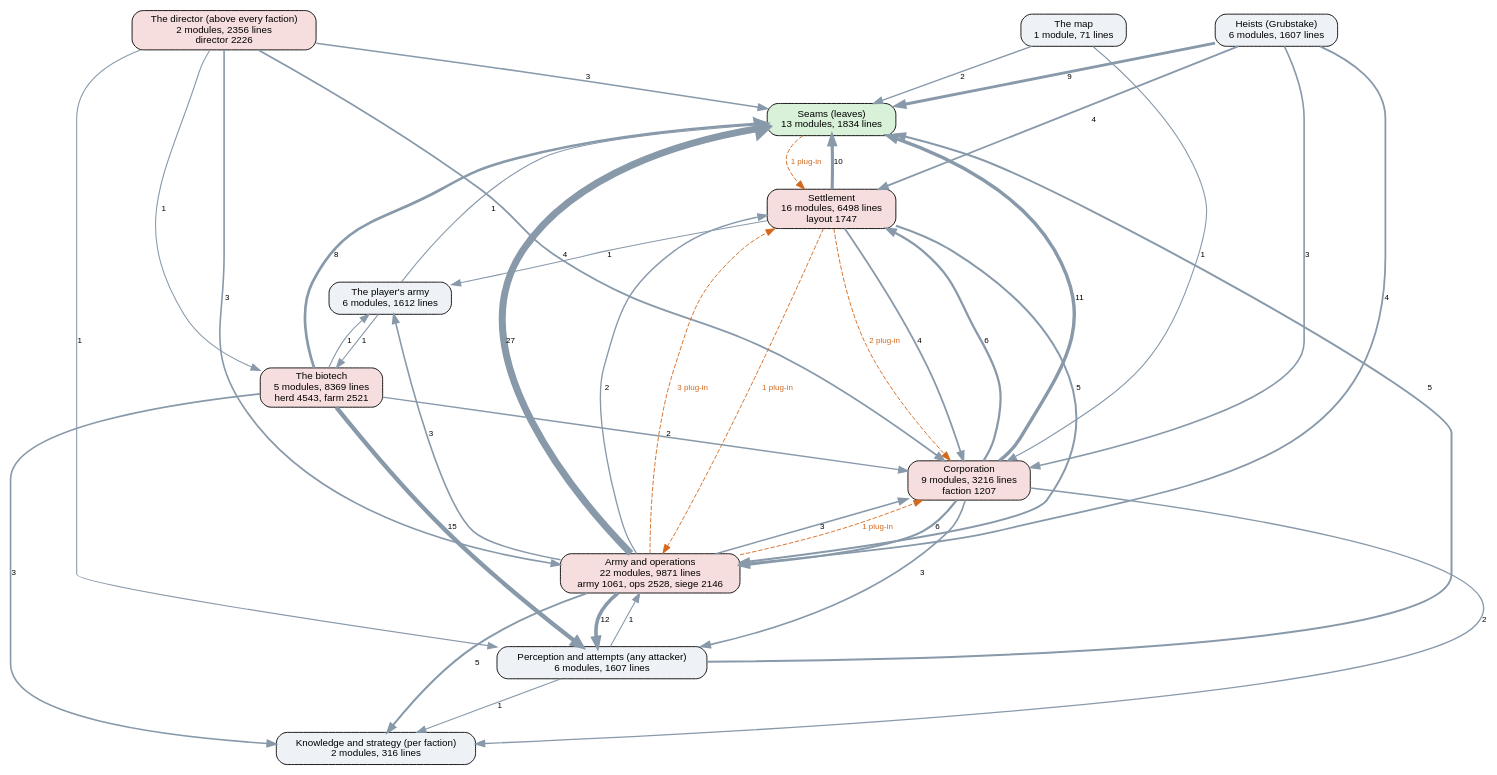
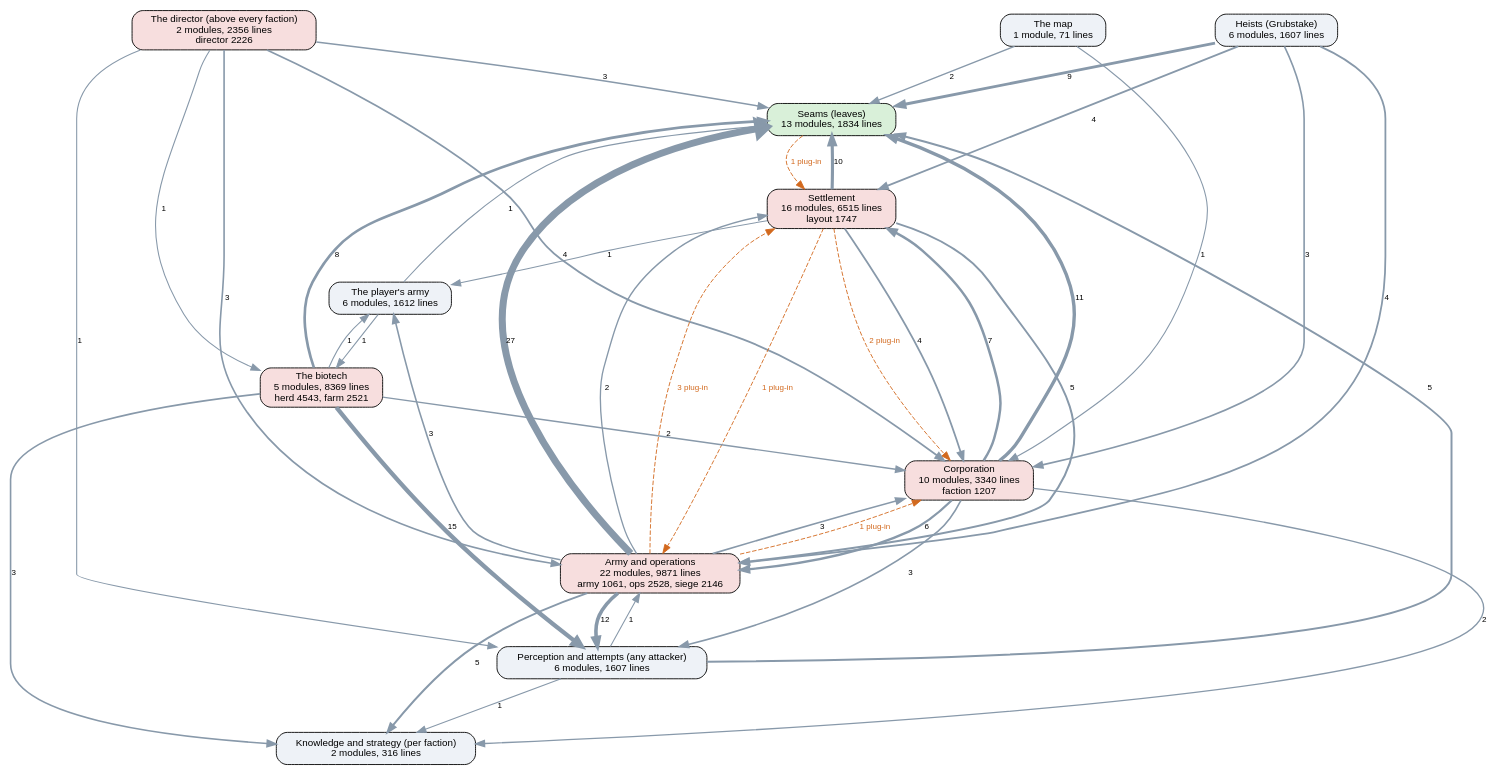
Before and after one commit to kinelhu/landing-party: the diagram in docs/ai-layers.dot, drawn with Graphviz. The commit also changed 16 other files, not shown here.

```diff
--- a/docs/ai-layers.dot
+++ b/docs/ai-layers.dot
@@ -1,57 +1,57 @@
 digraph layers {
   graph [rankdir=TB, fontname="Helvetica", nodesep=0.5, ranksep=0.7];
   node [shape=box, style="rounded,filled", fontname="Helvetica", fontsize=11, fillcolor="#eef2f7"];
   edge [color="#8899aa", fontname="Helvetica", fontsize=9];
   "Seams (leaves)" [label="Seams (leaves)\n13 modules, 1834 lines", fillcolor="#d9f0d9"];
   "Perception and attempts (any attacker)" [label="Perception and attempts (any attacker)\n6 modules, 1607 lines", fillcolor="#eef2f7"];
   "Knowledge and strategy (per faction)" [label="Knowledge and strategy (per faction)\n2 modules, 316 lines", fillcolor="#eef2f7"];
   "The director (above every faction)" [label="The director (above every faction)\n2 modules, 2356 lines\ndirector 2226", fillcolor="#f7dede"];
-  "Corporation" [label="Corporation\n9 modules, 3216 lines\nfaction 1207", fillcolor="#f7dede"];
-  "Settlement" [label="Settlement\n16 modules, 6498 lines\nlayout 1747", fillcolor="#f7dede"];
+  "Corporation" [label="Corporation\n10 modules, 3340 lines\nfaction 1207", fillcolor="#f7dede"];
+  "Settlement" [label="Settlement\n16 modules, 6515 lines\nlayout 1747", fillcolor="#f7dede"];
   "Army and operations" [label="Army and operations\n22 modules, 9871 lines\narmy 1061, ops 2528, siege 2146", fillcolor="#f7dede"];
   "Heists (Grubstake)" [label="Heists (Grubstake)\n6 modules, 1607 lines", fillcolor="#eef2f7"];
   "The biotech" [label="The biotech\n5 modules, 8369 lines\nherd 4543, farm 2521", fillcolor="#f7dede"];
   "The map" [label="The map\n1 module, 71 lines", fillcolor="#eef2f7"];
   "The player's army" [label="The player's army\n6 modules, 1612 lines", fillcolor="#eef2f7"];
   "Army and operations" -> "Corporation" [label="3", penwidth=1.8];
   "Army and operations" -> "Knowledge and strategy (per faction)" [label="5", penwidth=2.2];
   "Army and operations" -> "Perception and attempts (any attacker)" [label="12", penwidth=4.0];
   "Army and operations" -> "Seams (leaves)" [label="27", penwidth=7.8];
   "Army and operations" -> "Settlement" [label="2", penwidth=1.5];
   "Army and operations" -> "The player's army" [label="3", penwidth=1.8];
   "Corporation" -> "Army and operations" [label="6", penwidth=2.5];
   "Corporation" -> "Knowledge and strategy (per faction)" [label="2", penwidth=1.5];
   "Corporation" -> "Perception and attempts (any attacker)" [label="3", penwidth=1.8];
   "Corporation" -> "Seams (leaves)" [label="11", penwidth=3.8];
-  "Corporation" -> "Settlement" [label="6", penwidth=2.5];
+  "Corporation" -> "Settlement" [label="7", penwidth=2.8];
   "Heists (Grubstake)" -> "Army and operations" [label="4", penwidth=2.0];
   "Heists (Grubstake)" -> "Corporation" [label="3", penwidth=1.8];
   "Heists (Grubstake)" -> "Seams (leaves)" [label="9", penwidth=3.2];
   "Heists (Grubstake)" -> "Settlement" [label="4", penwidth=2.0];
   "Perception and attempts (any attacker)" -> "Army and operations" [label="1", penwidth=1.2];
   "Perception and attempts (any attacker)" -> "Knowledge and strategy (per faction)" [label="1", penwidth=1.2];
   "Perception and attempts (any attacker)" -> "Seams (leaves)" [label="5", penwidth=2.2];
   "Settlement" -> "Army and operations" [label="5", penwidth=2.2];
   "Settlement" -> "Corporation" [label="4", penwidth=2.0];
   "Settlement" -> "Seams (leaves)" [label="10", penwidth=3.5];
   "Settlement" -> "The player's army" [label="1", penwidth=1.2];
   "The biotech" -> "Corporation" [label="2", penwidth=1.5];
   "The biotech" -> "Knowledge and strategy (per faction)" [label="3", penwidth=1.8];
   "The biotech" -> "Perception and attempts (any attacker)" [label="15", penwidth=4.8];
   "The biotech" -> "Seams (leaves)" [label="8", penwidth=3.0];
   "The biotech" -> "The player's army" [label="1", penwidth=1.2];
   "The director (above every faction)" -> "Army and operations" [label="3", penwidth=1.8];
   "The director (above every faction)" -> "Corporation" [label="4", penwidth=2.0];
   "The director (above every faction)" -> "Perception and attempts (any attacker)" [label="1", penwidth=1.2];
   "The director (above every faction)" -> "Seams (leaves)" [label="3", penwidth=1.8];
   "The director (above every faction)" -> "The biotech" [label="1", penwidth=1.2];
   "The map" -> "Corporation" [label="1", penwidth=1.2];
   "The map" -> "Seams (leaves)" [label="2", penwidth=1.5];
   "The player's army" -> "Seams (leaves)" [label="1", penwidth=1.2];
   "The player's army" -> "The biotech" [label="1", penwidth=1.2];
   "Army and operations" -> "Corporation" [style=dashed, color="#d2691e", fontcolor="#d2691e", label="1 plug-in"];
   "Army and operations" -> "Settlement" [style=dashed, color="#d2691e", fontcolor="#d2691e", label="3 plug-in"];
   "Seams (leaves)" -> "Settlement" [style=dashed, color="#d2691e", fontcolor="#d2691e", label="1 plug-in"];
   "Settlement" -> "Army and operations" [style=dashed, color="#d2691e", fontcolor="#d2691e", label="1 plug-in"];
   "Settlement" -> "Corporation" [style=dashed, color="#d2691e", fontcolor="#d2691e", label="2 plug-in"];
 }
```
